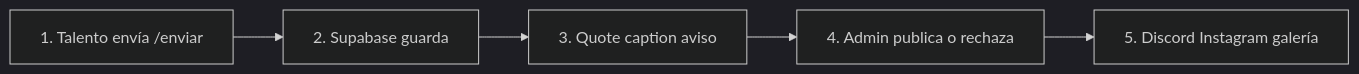
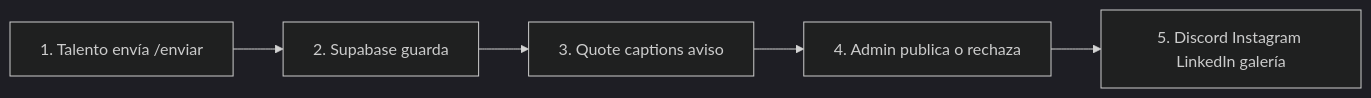
The first of 3 diagrams in apps/testimonios/docs/app_testimonios_plan.md (No-Country-simulation/fellowship-web-tt), drawn with Mermaid (dark theme) before and after one commit. The commit also changed other lines of this file and 63 other files, not shown here.

````diff
--- a/apps/testimonios/docs/app_testimonios_plan.md
+++ b/apps/testimonios/docs/app_testimonios_plan.md
@@ -11,7 +11,7 @@
 ```mermaid
 flowchart LR
   form["1. Talento envía /enviar"] --> db["2. Supabase guarda"]
-  db --> auto["3. Quote caption aviso"]
+  db --> auto["3. Quote captions aviso"]
   auto --> admin["4. Admin publica o rechaza"]
-  admin --> out["5. Discord Instagram galería"]
+  admin --> out["5. Discord Instagram LinkedIn galería"]
 ```
````
